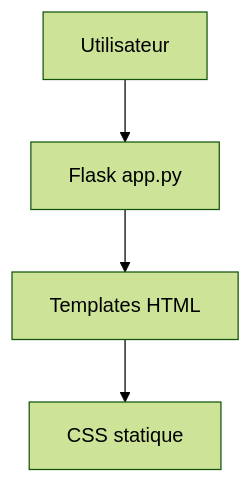
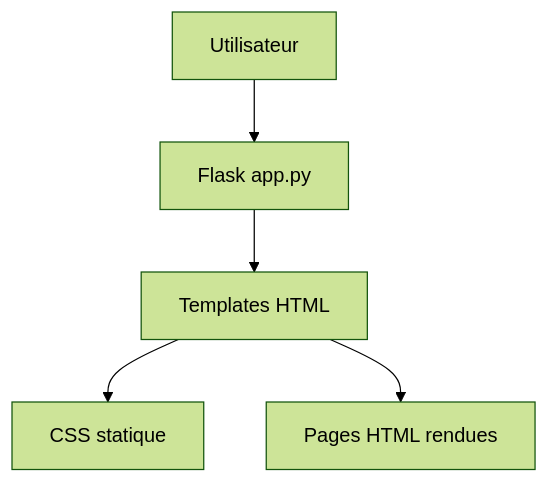
One commit to boudjelaba/Git-Repo-Exp changed the first of 3 diagrams in README.md. Above: the diagram before and after it, drawn with Mermaid (forest theme). The commit also changed other lines of this file, not shown here.

````diff
--- a/README.md
+++ b/README.md
@@ -116,11 +122,7 @@
 ```mermaid
 flowchart TD
-    A[Utilisateur]
-    B[Flask app.py]
-    C[Templates HTML]
-    D[CSS statique]
-
-    A --> B
-    B --> C
-    C --> D
+    A[Utilisateur] --> B[Flask app.py]
+    B --> C[Templates HTML]
+    C --> D[CSS statique]
+    C --> E[Pages HTML rendues]
 ```
````
